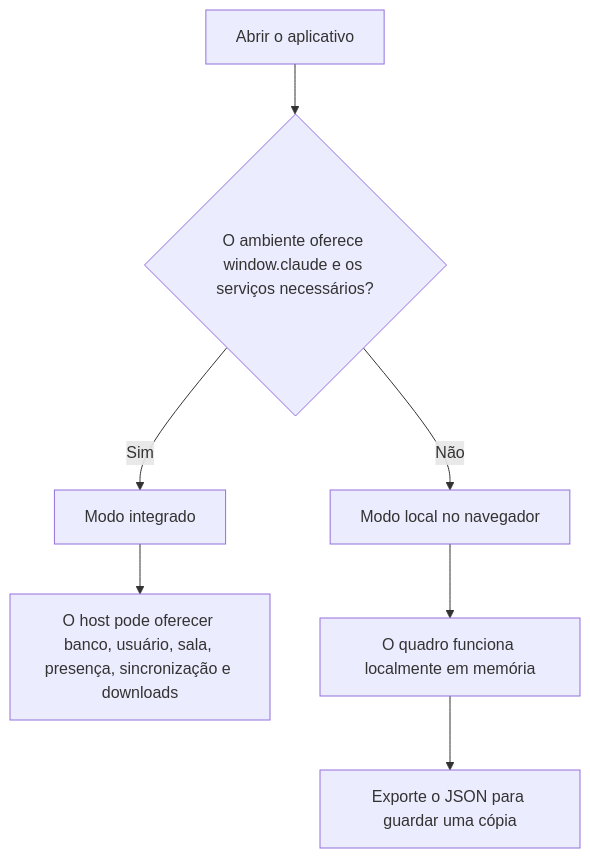
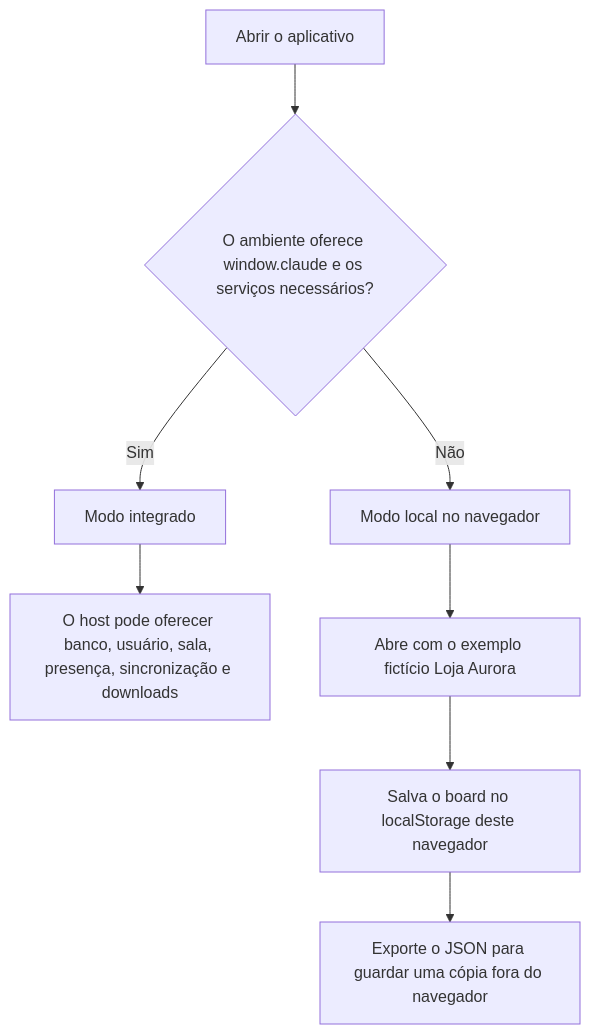
The third of 3 diagrams in docs/ARCHITECTURE.md (carlos-dataengineer/data-modeling), drawn with Mermaid before and after one commit. The commit also changed other lines of this file and 68 other files, not shown here.

First line of the commit message:
feat: v2.0.0 - instalacao com um comando para Claude e Codex

````diff
--- a/docs/ARCHITECTURE.md
+++ b/docs/ARCHITECTURE.md
@@ -60,9 +62,10 @@
 ```mermaid
 flowchart TD
     A["Abrir o aplicativo"] --> B{"O ambiente oferece window.claude e os serviços necessários?"}
     B -->|"Sim"| C["Modo integrado"]
     B -->|"Não"| D["Modo local no navegador"]
     C --> E["O host pode oferecer banco, usuário, sala, presença, sincronização e downloads"]
-    D --> F["O quadro funciona localmente em memória"]
-    F --> G["Exporte o JSON para guardar uma cópia"]
+    D --> F["Abre com o exemplo fictício Loja Aurora"]
+    F --> G["Salva o board no localStorage deste navegador"]
+    G --> H["Exporte o JSON para guardar uma cópia fora do navegador"]
 ```
````
